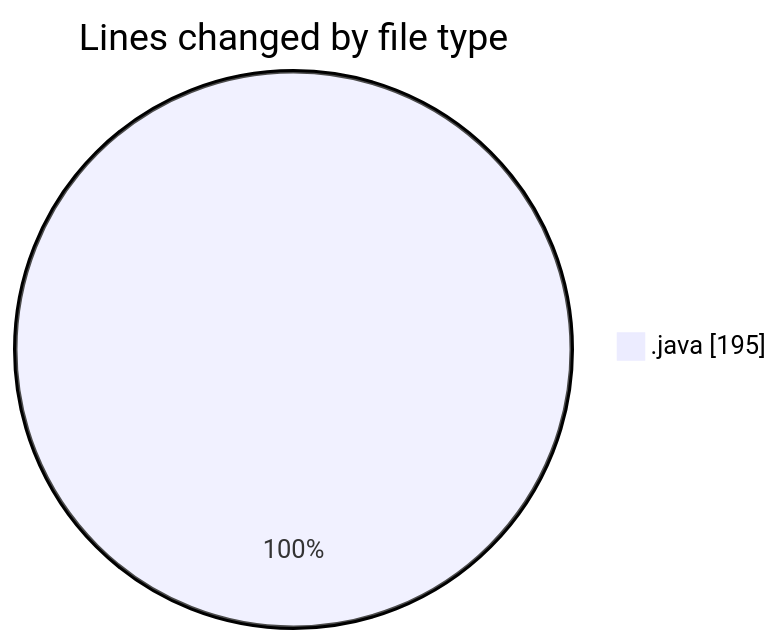
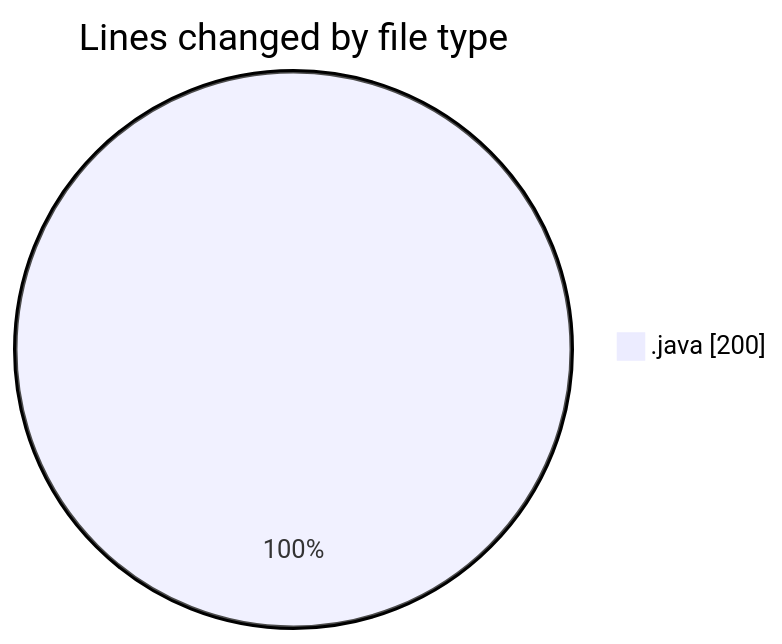
Before and after one commit to NitaiMahat/code-tracking: the first of 2 diagrams in 2025-01-30/java/README.md, drawn with Mermaid. The commit also changed other lines of this file and 1 other file, not shown here.

````diff
--- a/2025-01-30/java/README.md
+++ b/2025-01-30/java/README.md
@@ -20,5 +20,5 @@
 ```mermaid
 pie showData
 title Lines changed by file type
-".java" : 195
+".java" : 200
 ```
````
